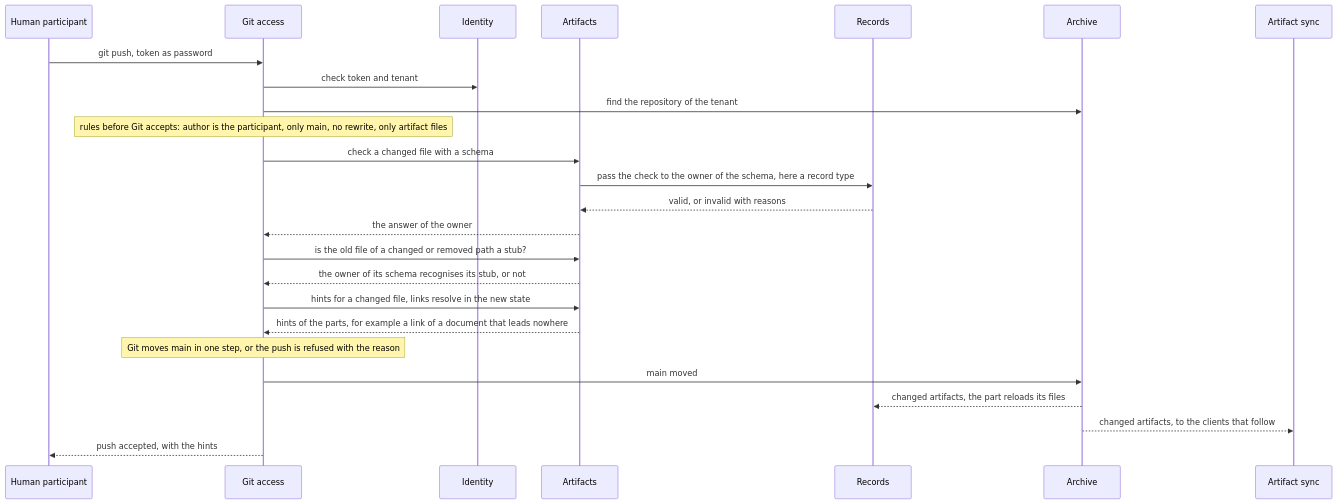
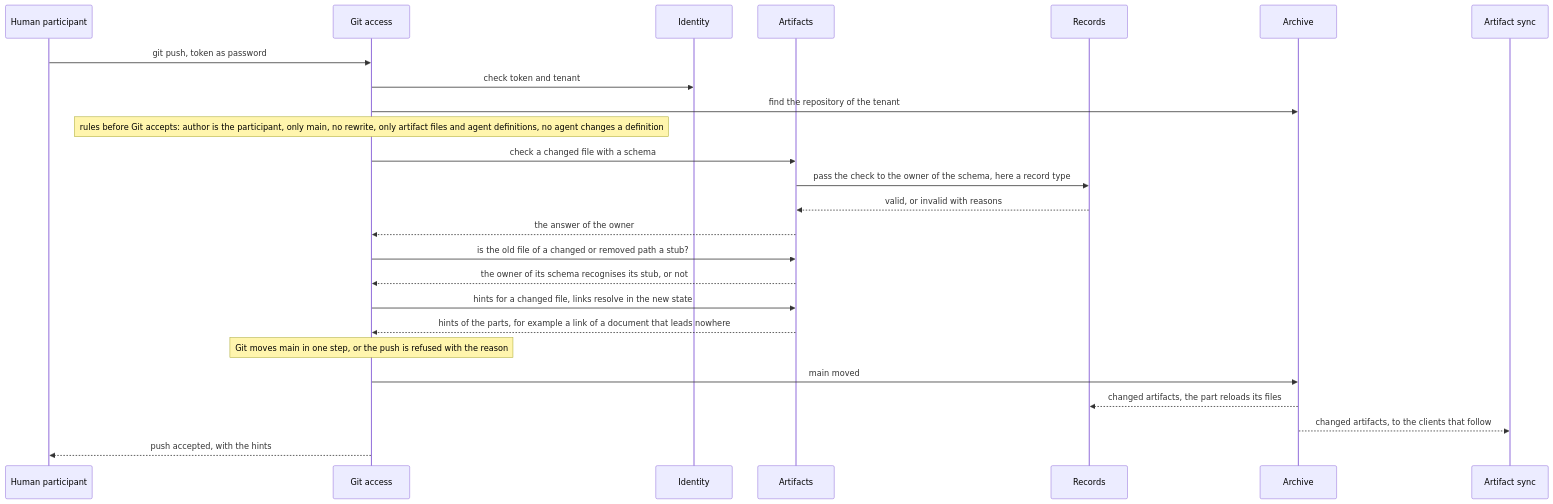
One commit to mrsimpson/agentic-office changed the ninth of 18 diagrams in docs/architecture/06-runtime-view.arc42.md. Above: the diagram before and after it, drawn with Mermaid. The commit also changed other lines of this file and 6 other files, not shown here.

First line of the commit message:
docs(architecture): propose team agents with a shared identity and no shared key (#279)

````diff
--- a/docs/architecture/06-runtime-view.arc42.md
+++ b/docs/architecture/06-runtime-view.arc42.md
@@ -383,27 +383,27 @@
 ```mermaid
 sequenceDiagram
     participant actor_human as Human participant
     participant bb_git_access as Git access
     participant bb_identity as Identity
     participant bb_artifacts as Artifacts
     participant bb_records as Records
     participant bb_archive as Archive
     participant bb_sync as Artifact sync
     actor_human->>bb_git_access: git push, token as password
     bb_git_access->>bb_identity: check token and tenant
     bb_git_access->>bb_archive: find the repository of the tenant
-    Note over bb_git_access: rules before Git accepts: author is the participant, only main, no rewrite, only artifact files
+    Note over bb_git_access: rules before Git accepts: author is the participant, only main, no rewrite, only artifact files and agent definitions, no agent changes a definition
     bb_git_access->>bb_artifacts: check a changed file with a schema
     bb_artifacts->>bb_records: pass the check to the owner of the schema, here a record type
     bb_records-->>bb_artifacts: valid, or invalid with reasons
     bb_artifacts-->>bb_git_access: the answer of the owner
     bb_git_access->>bb_artifacts: is the old file of a changed or removed path a stub?
     bb_artifacts-->>bb_git_access: the owner of its schema recognises its stub, or not
     bb_git_access->>bb_artifacts: hints for a changed file, links resolve in the new state
     bb_artifacts-->>bb_git_access: hints of the parts, for example a link of a document that leads nowhere
     Note over bb_git_access: Git moves main in one step, or the push is refused with the reason
     bb_git_access->>bb_archive: main moved
     bb_archive-->>bb_records: changed artifacts, the part reloads its files
     bb_archive-->>bb_sync: changed artifacts, to the clients that follow
     bb_git_access-->>actor_human: push accepted, with the hints
 ```
````
